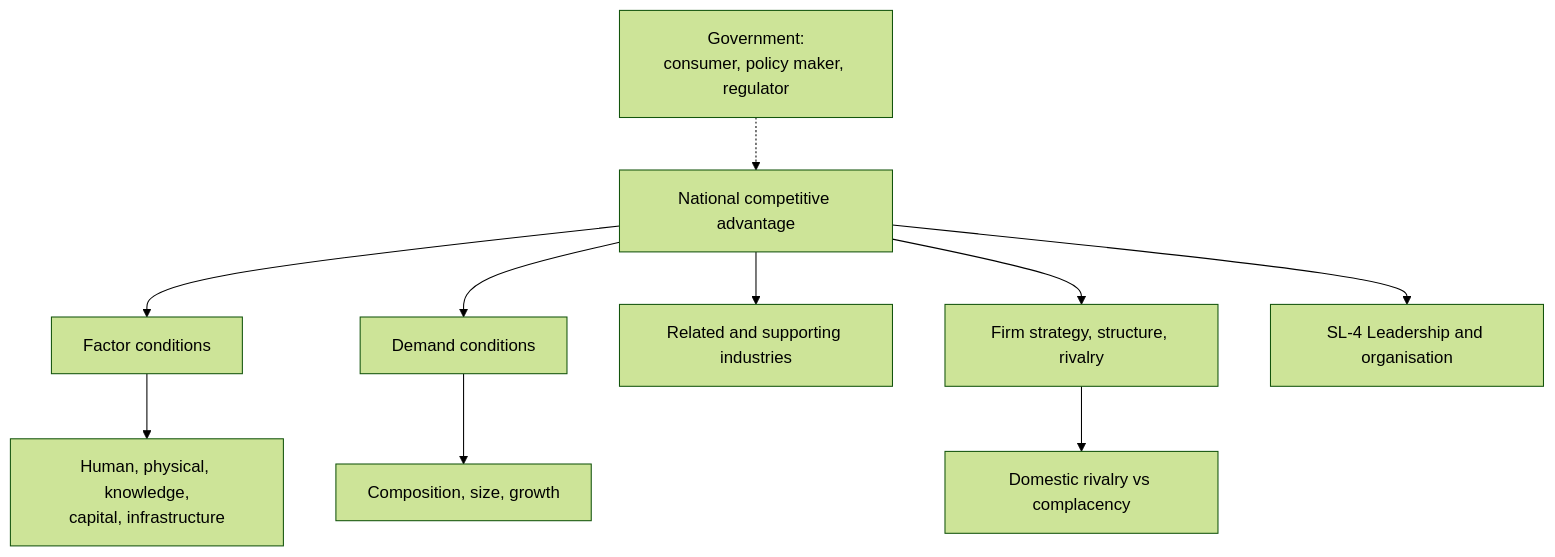
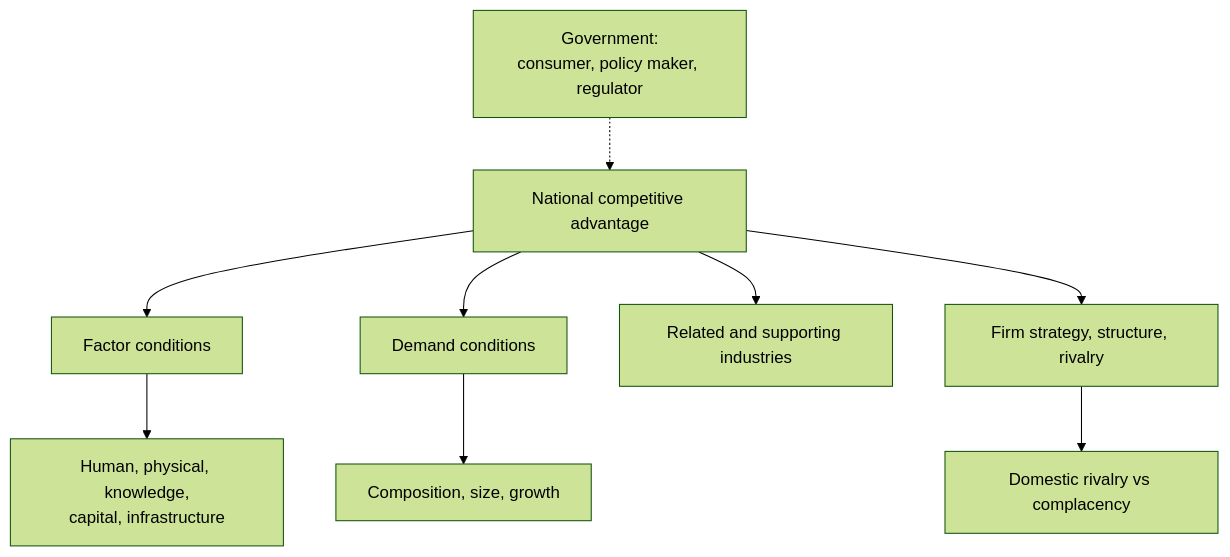
The diagram in content/recall/international-marketing/International Marketing Unit 5 - SL-3 National Competitive Advantage.md (Lokiragnarock/ahhh), drawn with Mermaid (forest theme) before and after one commit. The commit also changed 6 other files, not shown here.

````diff
--- a/content/recall/international-marketing/International Marketing Unit 5 - SL-3 National Competitive Advantage.md
+++ b/content/recall/international-marketing/International Marketing Unit 5 - SL-3 National Competitive Advantage.md
@@ -102,12 +102,11 @@
 ```mermaid
 graph TD
     NCA["National competitive advantage"] --> FC["Factor conditions"]
     NCA --> DC["Demand conditions"]
     NCA --> RS["Related and supporting industries"]
     NCA --> FSR["Firm strategy, structure, rivalry"]
     GOV["Government:<br/>consumer, policy maker, regulator"] -.-> NCA
     FC --> HR["Human, physical, knowledge,<br/>capital, infrastructure"]
     DC --> CH["Composition, size, growth"]
     FSR --> DR["Domestic rivalry vs complacency"]
-    NCA --> SL4["SL-4 Leadership and organisation"]
 ```
````
